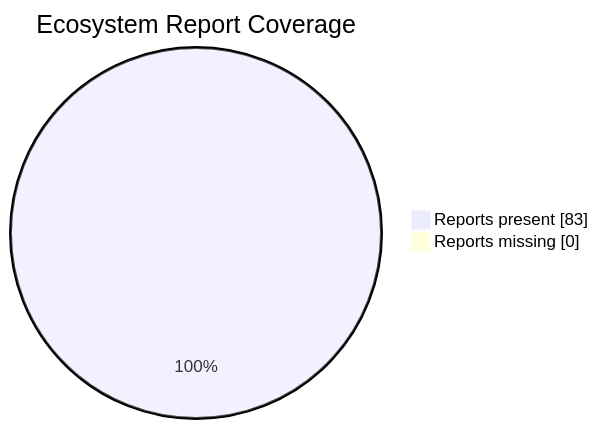
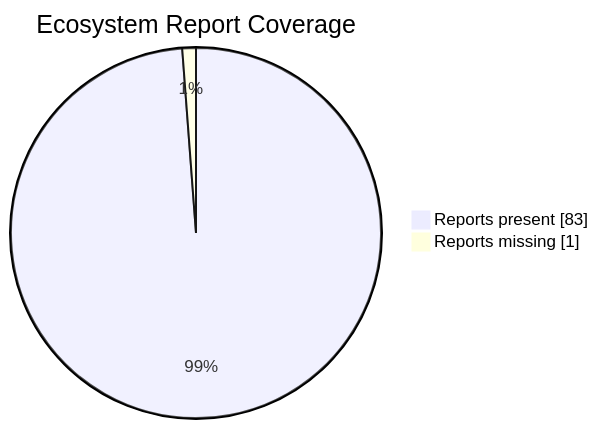
One commit to wjhou/awesome-computer-use-agents changed the diagram in reports/ecosystem/README.md. Above: the diagram before and after it, drawn with Mermaid. The commit also changed other lines of this file and 2 other files, not shown here.

````diff
--- a/reports/ecosystem/README.md
+++ b/reports/ecosystem/README.md
@@ -5,6 +5,6 @@
 ```mermaid
 pie showData
     title Ecosystem Report Coverage
     "Reports present" : 83
-    "Reports missing" : 0
+    "Reports missing" : 1
 ```
````
